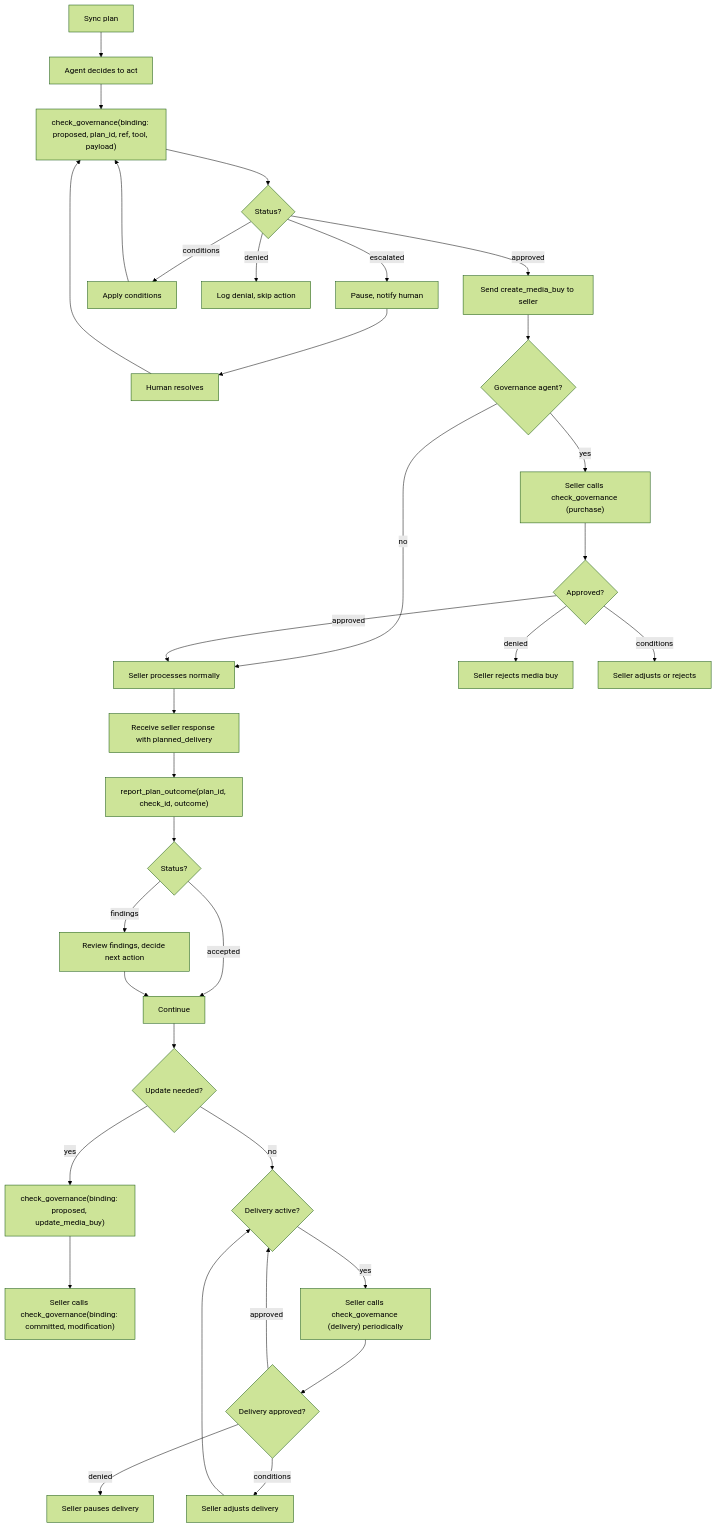
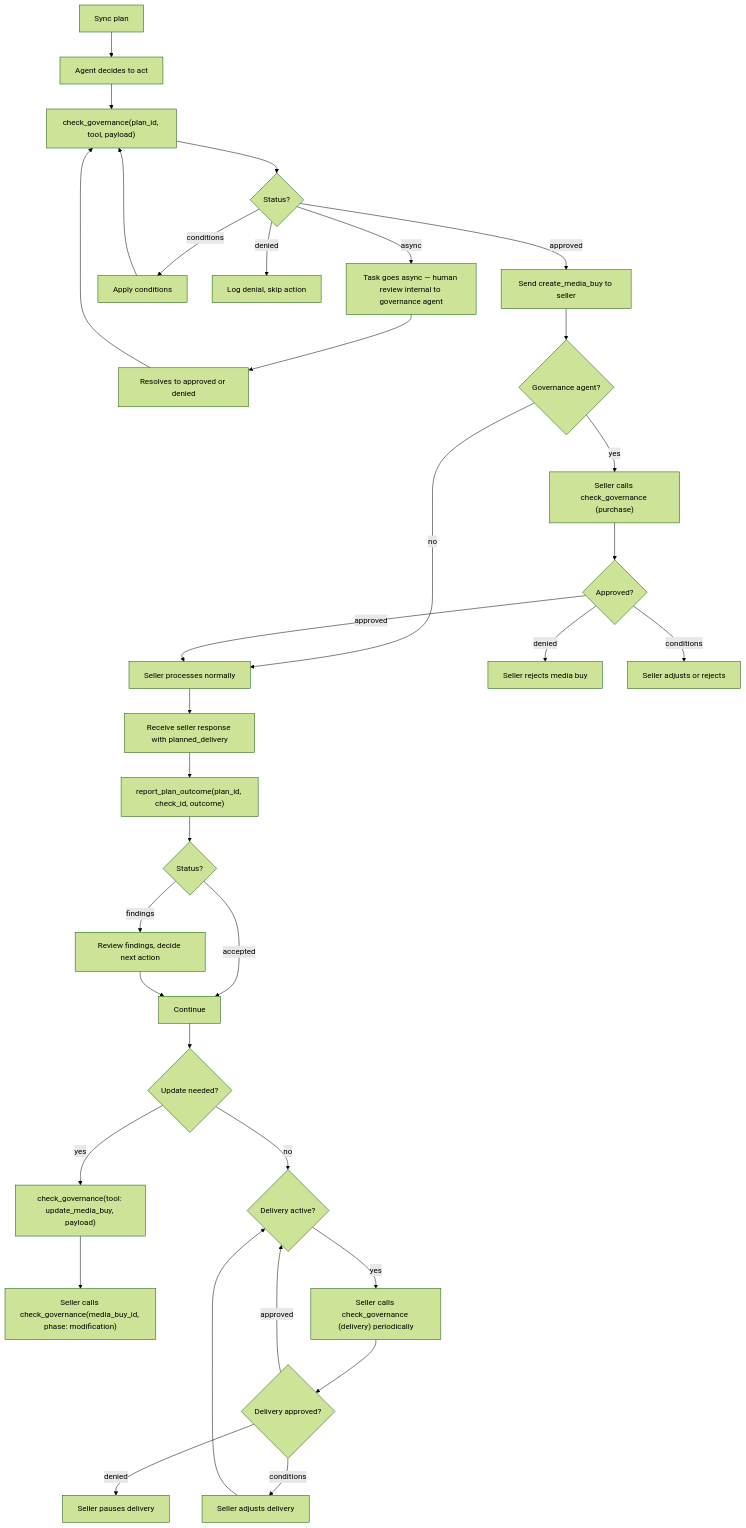
Before and after one commit to adcontextprotocol/adcp: the fourth of 4 diagrams in docs/governance/campaign/specification.mdx, drawn with Mermaid (forest theme). The commit also changed other lines of this file and 42 other files, not shown here.

````diff
--- a/docs/governance/campaign/specification.mdx
+++ b/docs/governance/campaign/specification.mdx
@@ -743,36 +734,36 @@
 ```mermaid
 flowchart TD
     A[Sync plan] --> B[Agent decides to act]
-    B --> C["check_governance(binding: proposed, plan_id, ref, tool, payload)"]
+    B --> C["check_governance(plan_id, tool, payload)"]
     C --> D{Status?}
     D -->|approved| E[Send create_media_buy to seller]
     D -->|conditions| F[Apply conditions]
     F --> C
     D -->|denied| G[Log denial, skip action]
-    D -->|escalated| J[Pause, notify human]
-    J --> K[Human resolves]
+    D -->|async| J[Task goes async — human review internal to governance agent]
+    J --> K[Resolves to approved or denied]
     K --> C
     E --> L{Governance agent?}
     L -->|yes| M["Seller calls check_governance (purchase)"]
     L -->|no| N[Seller processes normally]
     M --> O{Approved?}
     O -->|approved| N
     O -->|denied| P[Seller rejects media buy]
     O -->|conditions| Q[Seller adjusts or rejects]
     N --> R[Receive seller response with planned_delivery]
     R --> S["report_plan_outcome(plan_id, check_id, outcome)"]
     S --> T{Status?}
     T -->|accepted| U[Continue]
     T -->|findings| V[Review findings, decide next action]
     V --> U
     U --> W{Update needed?}
-    W -->|yes| X["check_governance(binding: proposed, update_media_buy)"]
-    X --> Y["Seller calls check_governance(binding: committed, modification)"]
+    W -->|yes| X["check_governance(tool: update_media_buy, payload)"]
+    X --> Y["Seller calls check_governance(media_buy_id, phase: modification)"]
     W -->|no| Z{Delivery active?}
     Z -->|yes| AA["Seller calls check_governance (delivery) periodically"]
     AA --> AB{Delivery approved?}
     AB -->|approved| Z
     AB -->|denied| AC[Seller pauses delivery]
     AB -->|conditions| AD[Seller adjusts delivery]
     AD --> Z
 ```
````
